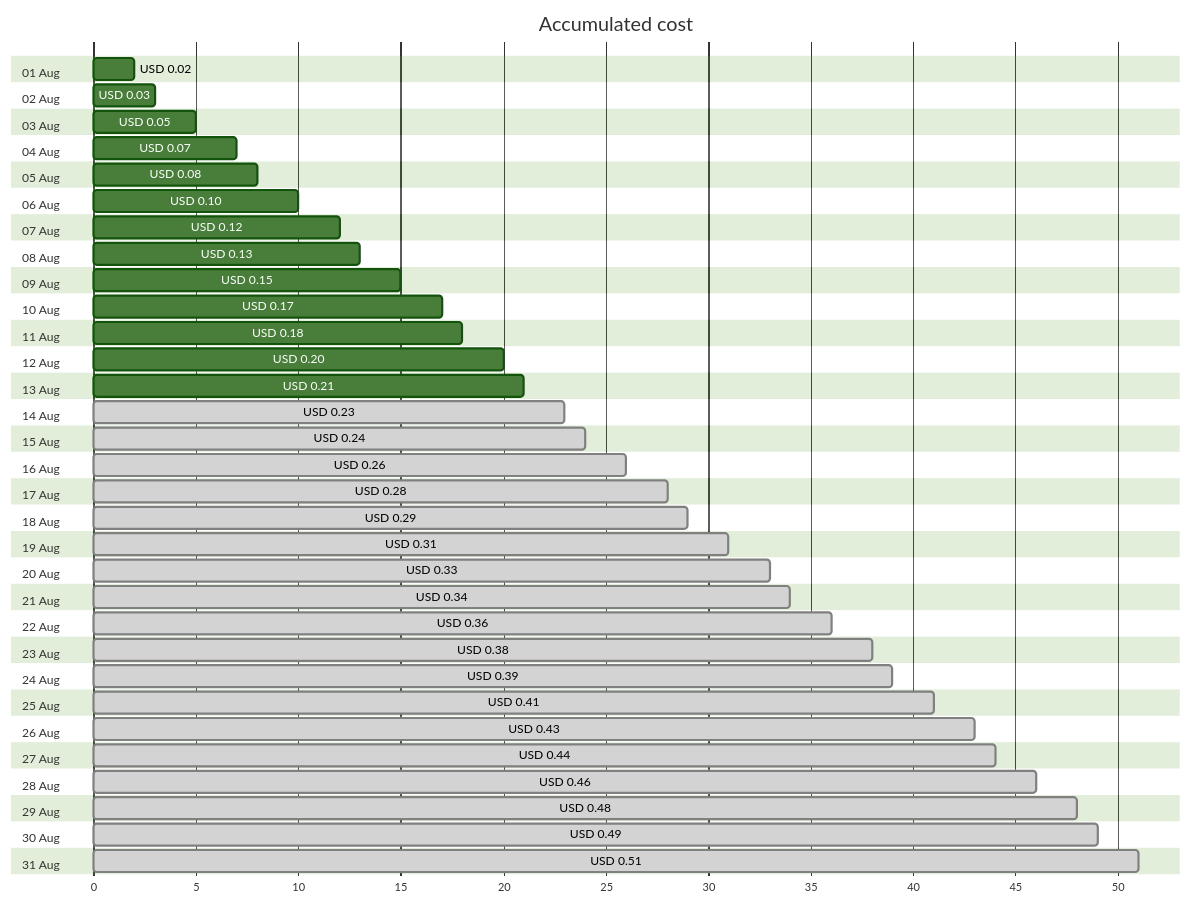
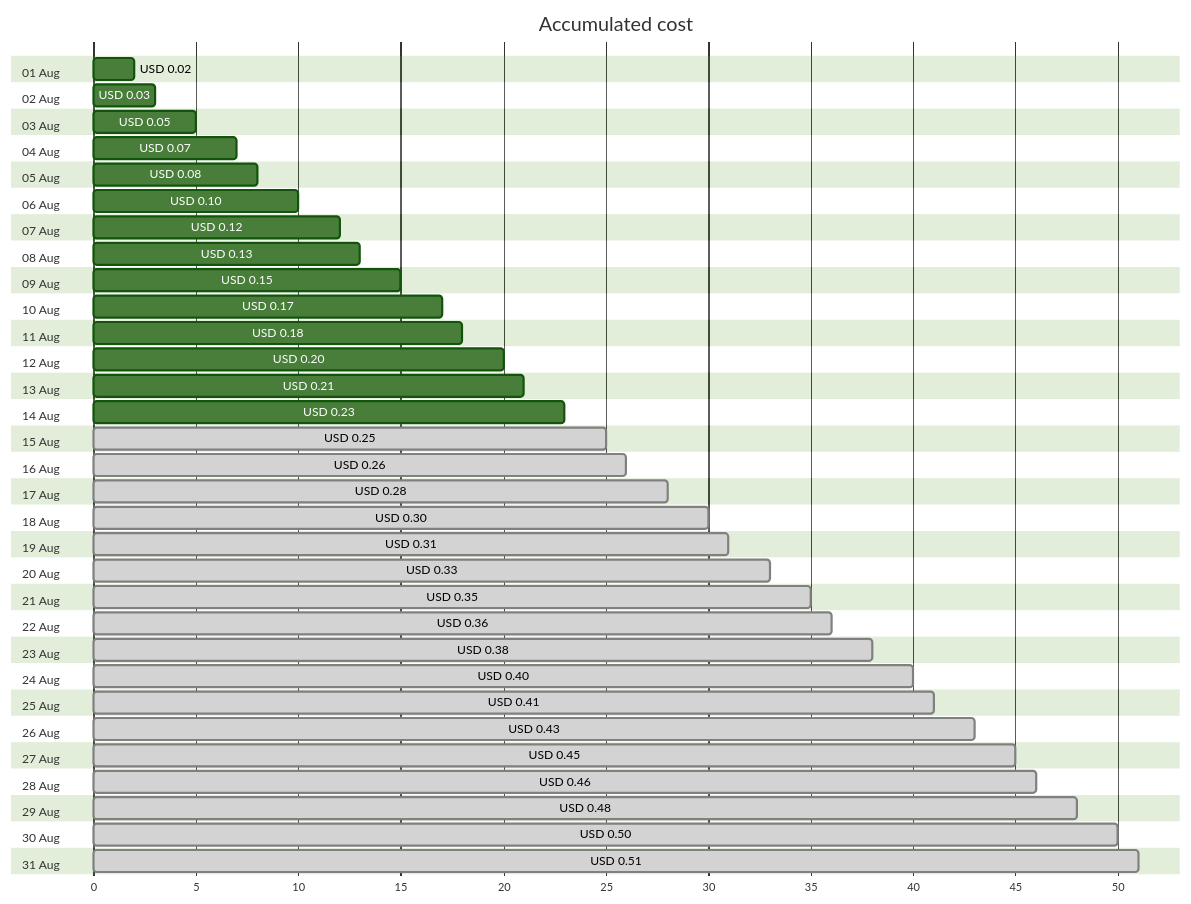
Before and after one commit to jpfulton/azure-personal-reports: the first of 4 diagrams in cost-reports/personal-dns/jpatrickfulton.dev.md, drawn with Mermaid (forest theme). The commit also changed other lines of this file and 2 other files, not shown here.

````diff
--- a/cost-reports/personal-dns/jpatrickfulton.dev.md
+++ b/cost-reports/personal-dns/jpatrickfulton.dev.md
@@ -20,68 +20,68 @@
 ```mermaid
 gantt
    title Accumulated cost
    dateFormat  X
    axisFormat %s
    section 01 Aug
    USD 0.02 :0, 2
    section 02 Aug
    USD 0.03 :0, 3
    section 03 Aug
    USD 0.05 :0, 5
    section 04 Aug
    USD 0.07 :0, 7
    section 05 Aug
    USD 0.08 :0, 8
    section 06 Aug
    USD 0.10 :0, 10
    section 07 Aug
    USD 0.12 :0, 12
    section 08 Aug
    USD 0.13 :0, 13
    section 09 Aug
    USD 0.15 :0, 15
    section 10 Aug
    USD 0.17 :0, 17
    section 11 Aug
    USD 0.18 :0, 18
    section 12 Aug
    USD 0.20 :0, 20
    section 13 Aug
    USD 0.21 :0, 21
    section 14 Aug
-   USD 0.23 : done, 0, 23
+   USD 0.23 :0, 23
    section 15 Aug
-   USD 0.24 : done, 0, 24
+   USD 0.25 : done, 0, 25
    section 16 Aug
    USD 0.26 : done, 0, 26
    section 17 Aug
    USD 0.28 : done, 0, 28
    section 18 Aug
-   USD 0.29 : done, 0, 29
+   USD 0.30 : done, 0, 30
    section 19 Aug
    USD 0.31 : done, 0, 31
    section 20 Aug
    USD 0.33 : done, 0, 33
    section 21 Aug
-   USD 0.34 : done, 0, 34
+   USD 0.35 : done, 0, 35
    section 22 Aug
    USD 0.36 : done, 0, 36
    section 23 Aug
    USD 0.38 : done, 0, 38
    section 24 Aug
-   USD 0.39 : done, 0, 39
+   USD 0.40 : done, 0, 40
    section 25 Aug
    USD 0.41 : done, 0, 41
    section 26 Aug
    USD 0.43 : done, 0, 43
    section 27 Aug
-   USD 0.44 : done, 0, 44
+   USD 0.45 : done, 0, 45
    section 28 Aug
    USD 0.46 : done, 0, 46
    section 29 Aug
    USD 0.48 : done, 0, 48
    section 30 Aug
-   USD 0.49 : done, 0, 49
+   USD 0.50 : done, 0, 50
    section 31 Aug
    USD 0.51 : done, 0, 51
 ```
````
